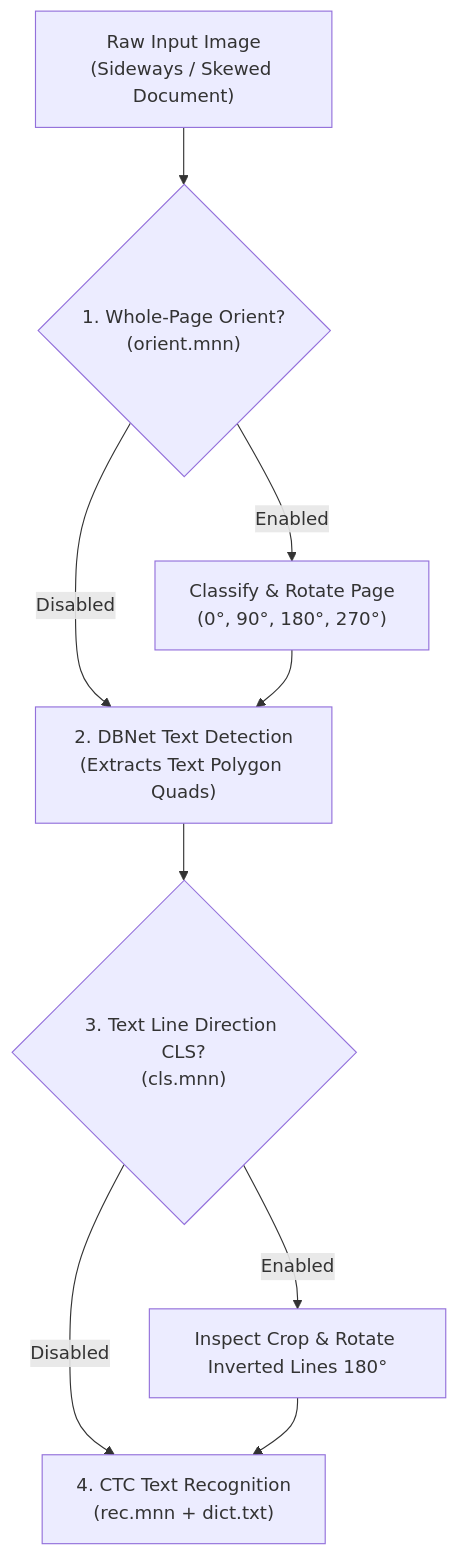
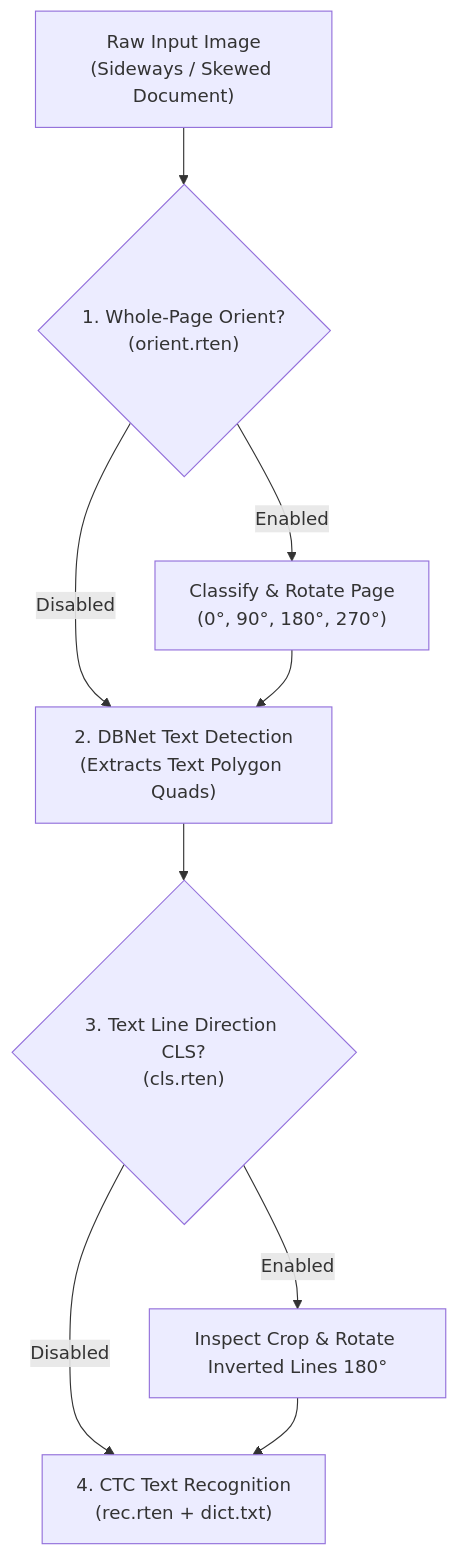
One commit to byrizki/rusto-rs changed the diagram in docs/content/en/03.advance-guide/05.classification-and-orientation.md. Above: the diagram before and after it, drawn with Mermaid. The commit also changed other lines of this file and 51 other files, not shown here.

````diff
--- a/docs/content/en/03.advance-guide/05.classification-and-orientation.md
+++ b/docs/content/en/03.advance-guide/05.classification-and-orientation.md
@@ -15,11 +15,11 @@
 ```mermaid
 flowchart TD
-    A["Raw Input Image<br/>(Sideways / Skewed Document)"] --> B{"1. Whole-Page Orient?<br/>(orient.mnn)"}
+    A["Raw Input Image<br/>(Sideways / Skewed Document)"] --> B{"1. Whole-Page Orient?<br/>(orient.rten)"}
     B -->|Enabled| C["Classify & Rotate Page<br/>(0&deg;, 90&deg;, 180&deg;, 270&deg;)"]
     B -->|Disabled| D["2. DBNet Text Detection<br/>(Extracts Text Polygon Quads)"]
     C --> D
-    D --> E{"3. Text Line Direction CLS?<br/>(cls.mnn)"}
+    D --> E{"3. Text Line Direction CLS?<br/>(cls.rten)"}
     E -->|Enabled| F["Inspect Crop & Rotate Inverted Lines 180&deg;"]
-    E -->|Disabled| G["4. CTC Text Recognition<br/>(rec.mnn + dict.txt)"]
+    E -->|Disabled| G["4. CTC Text Recognition<br/>(rec.rten + dict.txt)"]
     F --> G
 ```
````
